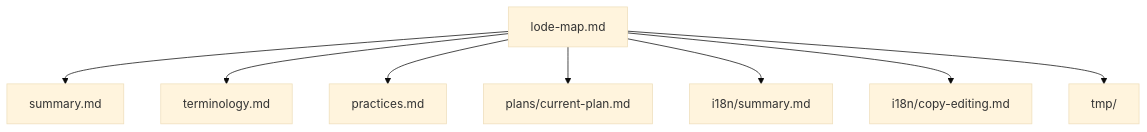
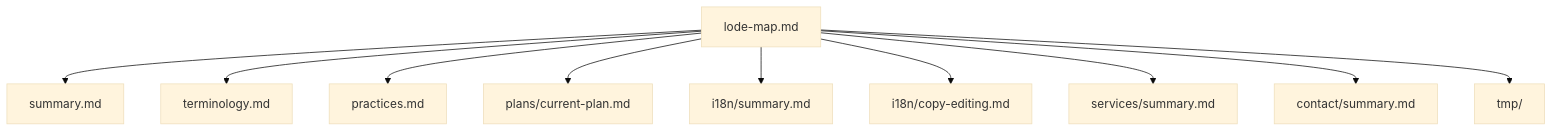
Before and after one commit to ipavic933-spec/website-pavic: the diagram in lode/lode-map.md, drawn with Mermaid (base theme). The commit also changed other lines of this file and 7 other files, not shown here.

````diff
--- a/lode/lode-map.md
+++ b/lode/lode-map.md
@@ -20,10 +22,12 @@
 ```mermaid
 graph TD
   LodeMap["lode-map.md"] --> Summary["summary.md"]
   LodeMap --> Terminology["terminology.md"]
   LodeMap --> Practices["practices.md"]
   LodeMap --> Plans["plans/current-plan.md"]
   LodeMap --> I18N["i18n/summary.md"]
   LodeMap --> I18NCopy["i18n/copy-editing.md"]
+  LodeMap --> Services["services/summary.md"]
+  LodeMap --> Contact["contact/summary.md"]
   LodeMap --> Tmp["tmp/"]
 ```
````
